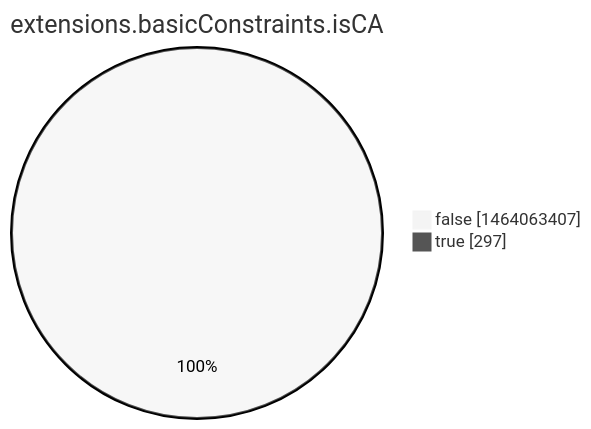
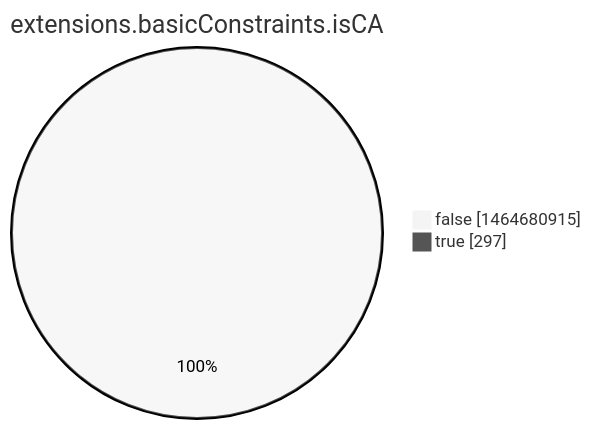
The eighth of 15 diagrams in argon2022/README.md (christiankrug/ctmonitor_visualization), drawn with Mermaid (neutral theme) before and after one commit. The commit also changed other lines of this file, not shown here.

````diff
--- a/argon2022/README.md
+++ b/argon2022/README.md
@@ -2760,6 +2760,6 @@
 ```mermaid
 pie showData
 title extensions.basicConstraints.isCA
-"false" :1464063407
+"false" :1464680915
 "true" :297
 ```
````
